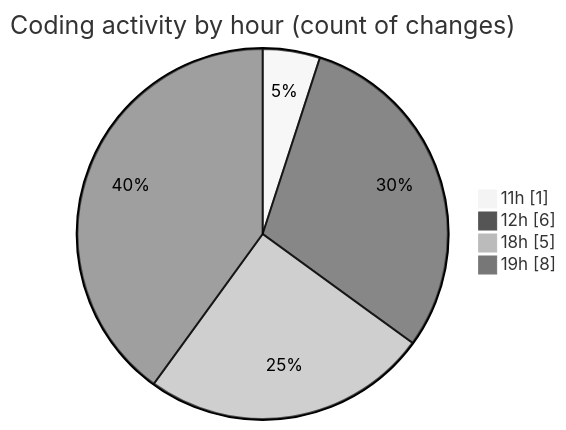
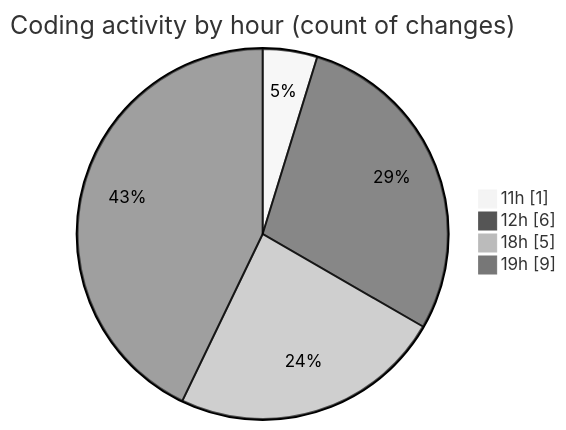
The second of 2 diagrams in 2026-05-17/nxtqube_webapp/README.md (nxtqubesakshisongat/code-tracking), drawn with Mermaid (neutral theme) before and after one commit. The commit also changed other lines of this file and 1 other file, not shown here.

````diff
--- a/2026-05-17/nxtqube_webapp/README.md
+++ b/2026-05-17/nxtqube_webapp/README.md
@@ -34,8 +34,8 @@
 ```mermaid
 pie showData
 title Coding activity by hour (count of changes)
 "11h" : 1
 "12h" : 6
 "18h" : 5
-"19h" : 8
+"19h" : 9
 ```
````
